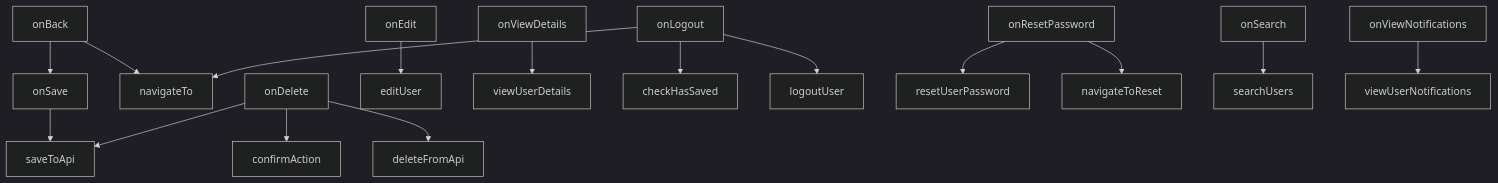
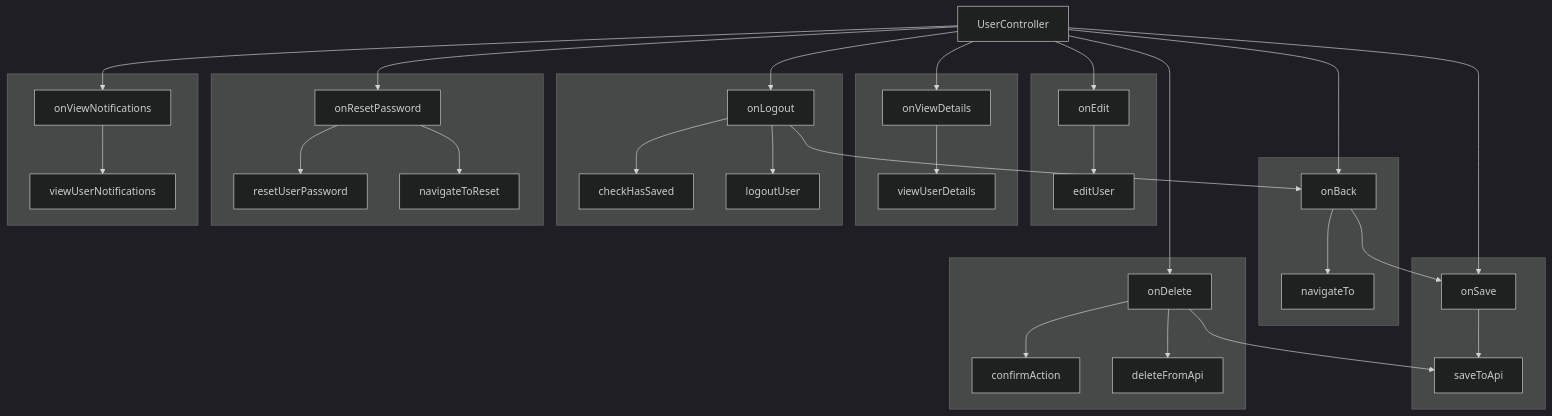
One commit to benwinding/benw-blog changed the second of 4 diagrams in source/_drafts/preferring-public-method-isolation.md. Above: the diagram before and after it, drawn with Mermaid (dark theme). The commit also changed other lines of this file, not shown here.

```diff
--- a/source/_drafts/preferring-public-method-isolation.md
+++ b/source/_drafts/preferring-public-method-isolation.md
@@ -41,18 +46,41 @@
 {% mermaid %}
 graph TD;
+    UserController-->onSave
+    UserController-->onBack
+    UserController-->onDelete
+    UserController-->onEdit
+    UserController-->onViewDetails
+    UserController-->onLogout
+    UserController-->onResetPassword
+    UserController-->onViewNotifications
+    subgraph " "
     onSave-->saveToApi;
+    end
+    subgraph "  "
     onBack-->onSave;
     onBack-->navigateTo;
+    end
+    subgraph "   "
     onDelete-->saveToApi;
     onDelete-->confirmAction;
     onDelete-->deleteFromApi;
+    end
+    subgraph "    "
     onEdit-->editUser;
+    end
+    subgraph "     "
     onViewDetails-->viewUserDetails;
+    end
+    subgraph "      "
     onLogout-->checkHasSaved;
     onLogout-->logoutUser;
-    onLogout-->navigateTo;
+    onLogout-->onBack;
+    end
+    subgraph "       "
     onResetPassword-->resetUserPassword;
     onResetPassword-->navigateToReset;
-    onSearch-->searchUsers;
+    end
+    subgraph "        "
     onViewNotifications-->viewUserNotifications;
+    end
 {% endmermaid %}
```
